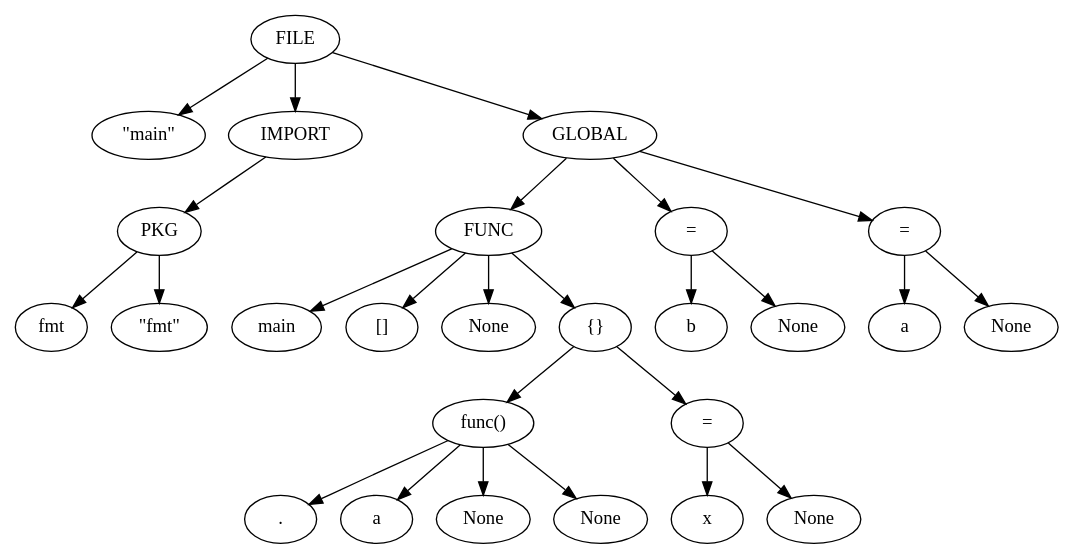
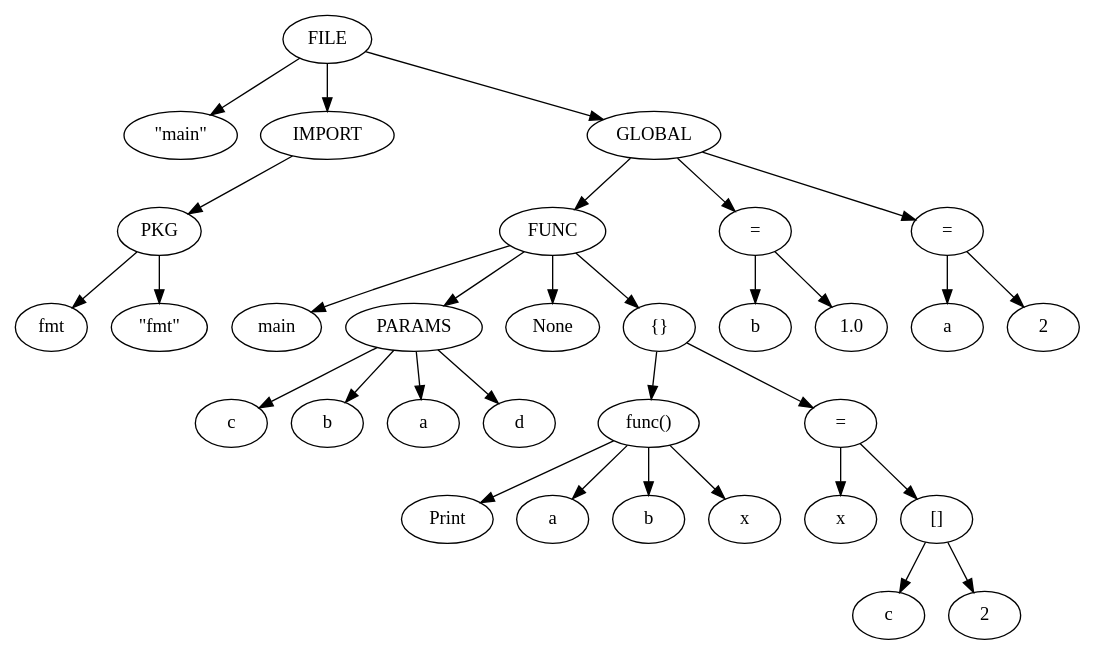
Before and after one commit to devanshusingla/GIPSC: the diagram in test.dot, drawn with Graphviz. The commit also changed 6 other files, not shown here.

```diff
--- a/test.dot
+++ b/test.dot
@@ -1,28 +1,34 @@
 digraph G {
 	0 -> 1;
 	0 -> 2;
 	2 -> 3;
 	3 -> 4;
 	3 -> 5;
 	0 -> 6;
 	6 -> 7;
 	7 -> 8;
 	7 -> 9;
-	7 -> 10;
-	7 -> 11;
-	11 -> 12;
-	12 -> 13;
-	12 -> 14;
-	12 -> 15;
-	12 -> 16;
-	11 -> 17;
-	17 -> 18;
-	17 -> 19;
-	6 -> 20;
-	20 -> 21;
-	20 -> 22;
-	6 -> 23;
+	9 -> 10;
+	9 -> 11;
+	9 -> 12;
+	9 -> 13;
+	7 -> 14;
+	7 -> 15;
+	15 -> 16;
+	16 -> 17;
+	16 -> 18;
+	16 -> 19;
+	16 -> 20;
+	15 -> 21;
+	21 -> 22;
+	21 -> 23;
 	23 -> 24;
 	23 -> 25;
-	0 [label=FILE];	1 [label="\"main\""];	2 [label="IMPORT"];	3 [label="PKG"];	4 [label="fmt"];	5 [label="\"fmt\""];	6 [label="GLOBAL"];	7 [label="FUNC"];	8 [label="main"];	9 [label="[]"];	10 [label="None"];	11 [label="{}"];	12 [label="func()"];	13 [label="."];	14 [label="a"];	15 [label="None"];	16 [label="None"];	17 [label="="];	18 [label="x"];	19 [label="None"];	20 [label="="];	21 [label="b"];	22 [label="None"];	23 [label="="];	24 [label="a"];	25 [label="None"];
+	6 -> 26;
+	26 -> 27;
+	26 -> 28;
+	6 -> 29;
+	29 -> 30;
+	29 -> 31;
+	0 [label=FILE];	1 [label="\"main\""];	2 [label="IMPORT"];	3 [label="PKG"];	4 [label="fmt"];	5 [label="\"fmt\""];	6 [label="GLOBAL"];	7 [label="FUNC"];	8 [label="main"];	9 [label="PARAMS"];	10 [label="c"];	11 [label="b"];	12 [label="a"];	13 [label="d"];	14 [label="None"];	15 [label="{}"];	16 [label="func()"];	17 [label="Print"];	18 [label="a"];	19 [label="b"];	20 [label="x"];	21 [label="="];	22 [label="x"];	23 [label="[]"];	24 [label="c"];	25 [label="2"];	26 [label="="];	27 [label="b"];	28 [label="1.0"];	29 [label="="];	30 [label="a"];	31 [label="2"];
 }
```
